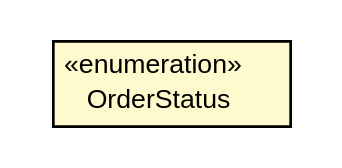
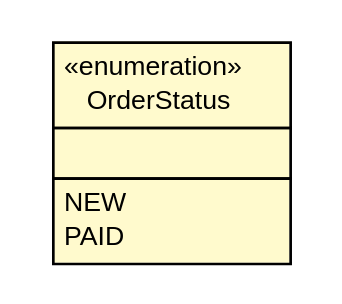
One commit to DDevine/CrapPOS changed the diagram in docs/au/edu/griffith/ict/OrderStatus.dot. Above: the diagram before and after it, drawn with Graphviz. The commit also changed 50 other files, not shown here.

```diff
--- a/docs/au/edu/griffith/ict/OrderStatus.dot
+++ b/docs/au/edu/griffith/ict/OrderStatus.dot
@@ -1,19 +1,26 @@
 #!/usr/local/bin/dot
 #
 # Class diagram 
 # Generated by UMLGraph version 1.6 (http://www.umlgraph.org/)
 #
 
 digraph G {
 	edge [fontname="Helvetica",fontsize=10,labelfontname="Helvetica",labelfontsize=10];
 	node [fontname="Helvetica",fontsize=10,shape=plaintext];
 	nodesep=0.25;
 	ranksep=0.5;
 	// au.edu.griffith.ict.OrderStatus
-	c88 [label=<<table title="au.edu.griffith.ict.OrderStatus" border="0" cellborder="1" cellspacing="0" cellpadding="2" port="p" bgcolor="lemonChiffon" href="./OrderStatus.html">
+	c79 [label=<<table title="au.edu.griffith.ict.OrderStatus" border="0" cellborder="1" cellspacing="0" cellpadding="2" port="p" bgcolor="lemonChiffon" href="./OrderStatus.html">
 		<tr><td><table border="0" cellspacing="0" cellpadding="1">
 <tr><td align="center" balign="center"> &#171;enumeration&#187; </td></tr>
 <tr><td align="center" balign="center"> OrderStatus </td></tr>
 		</table></td></tr>
+		<tr><td><table border="0" cellspacing="0" cellpadding="1">
+<tr><td align="left" balign="left">  </td></tr>
+		</table></td></tr>
+		<tr><td><table border="0" cellspacing="0" cellpadding="1">
+<tr><td align="left" balign="left"> NEW </td></tr>
+<tr><td align="left" balign="left"> PAID </td></tr>
+		</table></td></tr>
 		</table>>, URL="./OrderStatus.html", fontname="Helvetica", fontcolor="black", fontsize=10.0];
 }
```
